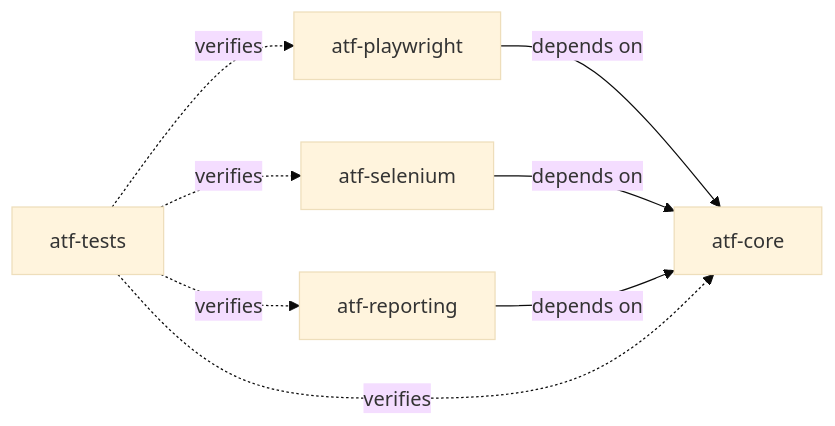
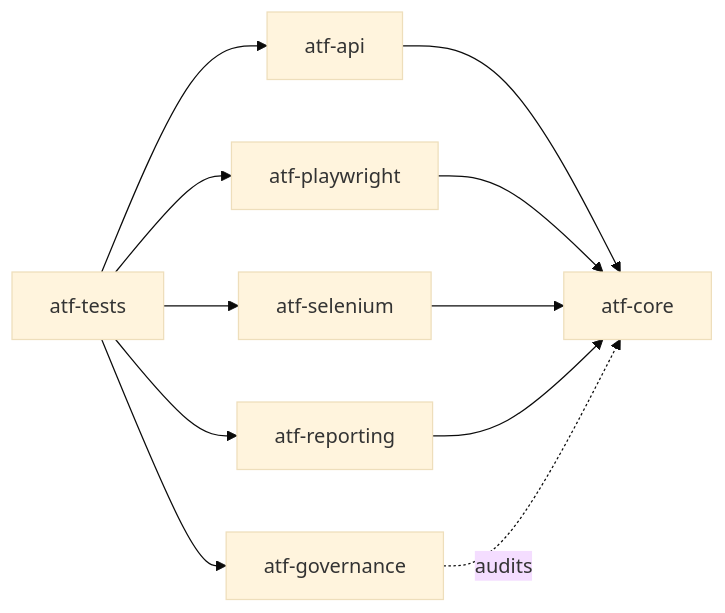
The first of 2 diagrams in docs/Architecture.md (crististefanita/ATF_AI), drawn with Mermaid (base theme) before and after one commit. The commit also changed other lines of this file and 214 other files, not shown here.

Commit message:
Extract API library and split governance with main/test ownership

````diff
--- a/docs/Architecture.md
+++ b/docs/Architecture.md
@@ -10,10 +7,13 @@
 ```mermaid
 flowchart LR
-    PW["atf-playwright"] -->|depends on| Core["atf-core"]
-    SE["atf-selenium"] -->|depends on| Core
-    Reports["atf-reporting"] -->|depends on| Core
-    Tests["atf-tests"] -. verifies .-> Core
-    Tests -. verifies .-> PW
-    Tests -. verifies .-> SE
-    Tests -. verifies .-> Reports
+    API["atf-api"] --> Core["atf-core"]
+    PW["atf-playwright"] --> Core
+    SE["atf-selenium"] --> Core
+    Reporting["atf-reporting"] --> Core
+    Tests["atf-tests"] --> API
+    Tests --> PW
+    Tests --> SE
+    Tests --> Reporting
+    Tests --> Governance["atf-governance"]
+    Governance -. audits .-> Core
 ```
````
